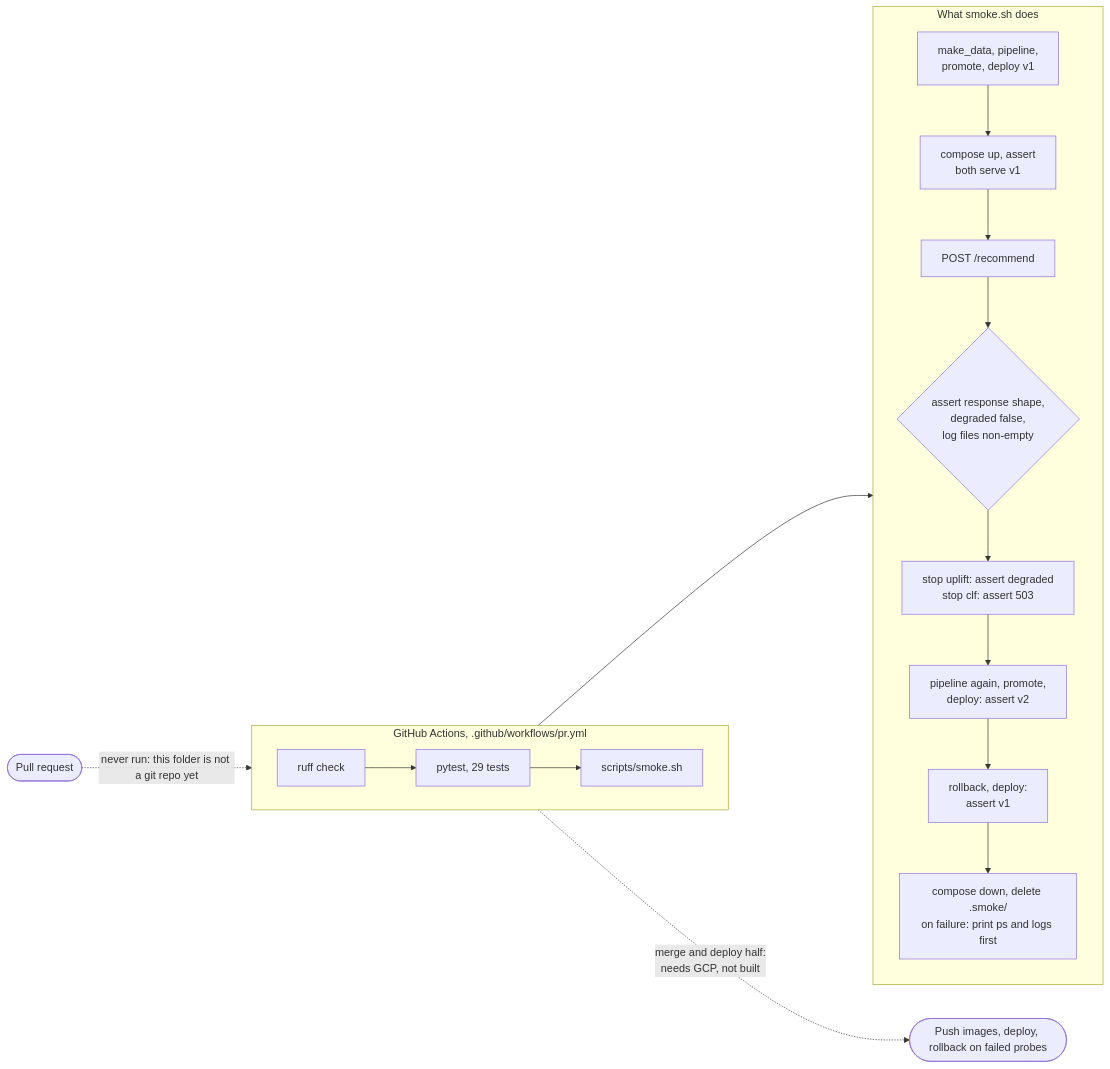
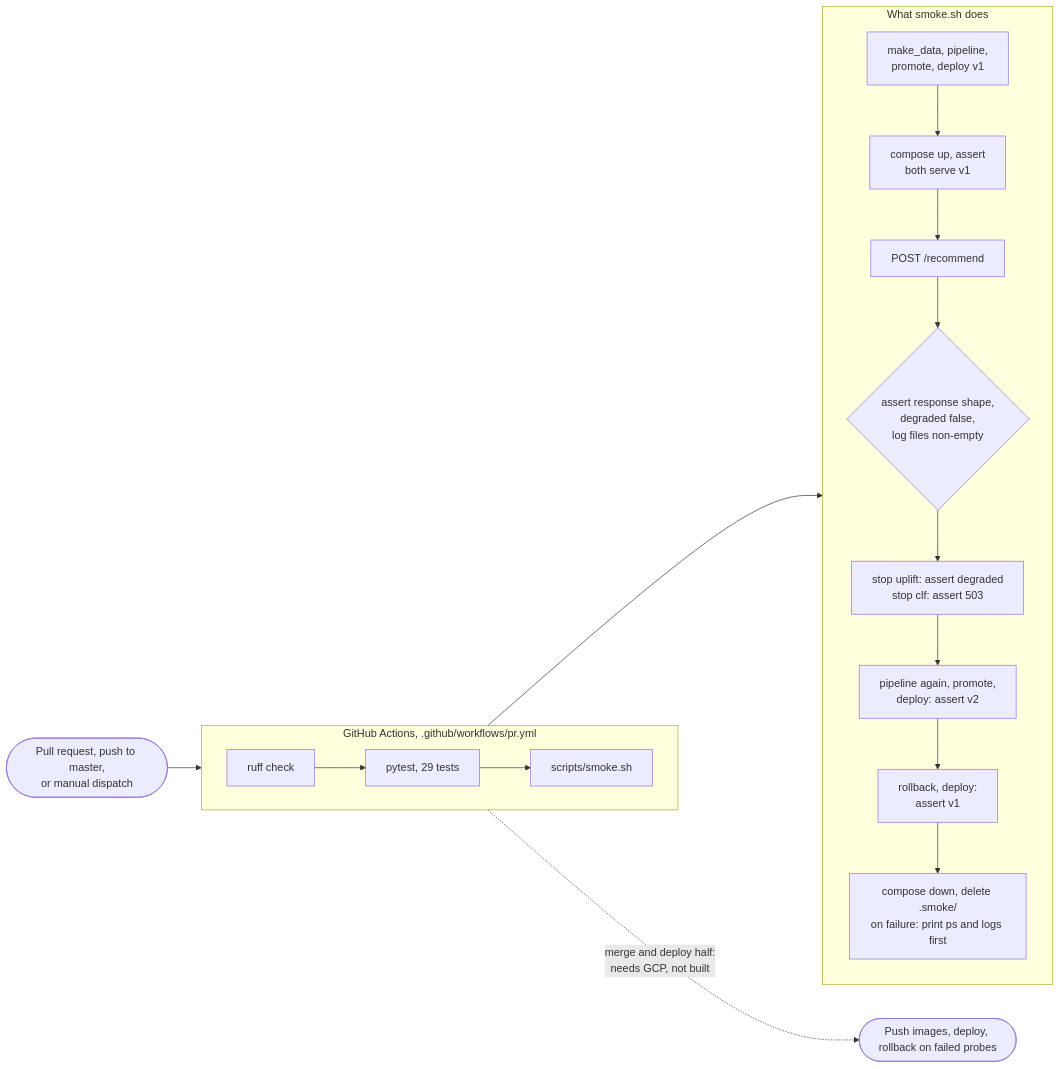
The sixth of 7 diagrams in docs/architecture.md (ParasArya289/mlops-vertexai), drawn with Mermaid before and after one commit. The commit also changed other lines of this file and 2 other files, not shown here.

Commit message:
Docs: CI now passes on GitHub Actions

````diff
--- a/docs/architecture.md
+++ b/docs/architecture.md
@@ -190,23 +190,23 @@
 ```mermaid
 flowchart LR
-  dev(["Pull request"]) -.->|"never run: this folder is not a git repo yet"| ci
+  dev(["Pull request, push to master,<br/>or manual dispatch"]) --> ci
 
   subgraph ci["GitHub Actions, .github/workflows/pr.yml"]
     direction LR
     lint["ruff check"] --> unit["pytest, 29 tests"] --> smoke["scripts/smoke.sh"]
   end
 
   subgraph smokeSteps["What smoke.sh does"]
     direction TB
     s1["make_data, pipeline,<br/>promote, deploy v1"] --> s2["compose up, assert<br/>both serve v1"]
     s2 --> s3["POST /recommend"]
     s3 --> s4{"assert response shape,<br/>degraded false,<br/>log files non-empty"}
     s4 --> s4b["stop uplift: assert degraded<br/>stop clf: assert 503"]
     s4b --> s5["pipeline again, promote,<br/>deploy: assert v2"]
     s5 --> s6["rollback, deploy:<br/>assert v1"]
     s6 --> s7["compose down, delete .smoke/<br/>on failure: print ps and logs first"]
   end
 
   smoke --> smokeSteps
   ci -.->|"merge and deploy half:<br/>needs GCP, not built"| deploy(["Push images, deploy, rollback on failed probes"])
 ```
````
